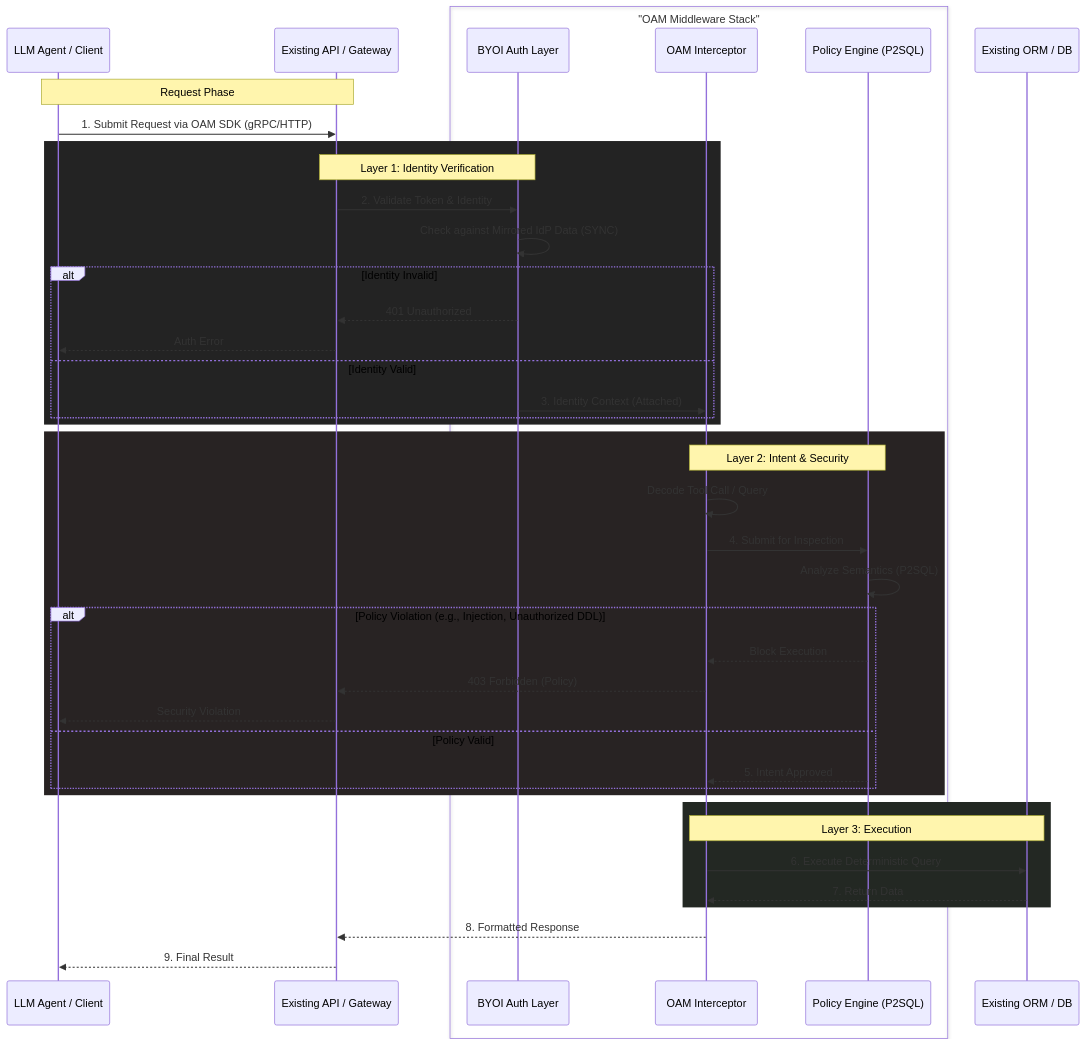
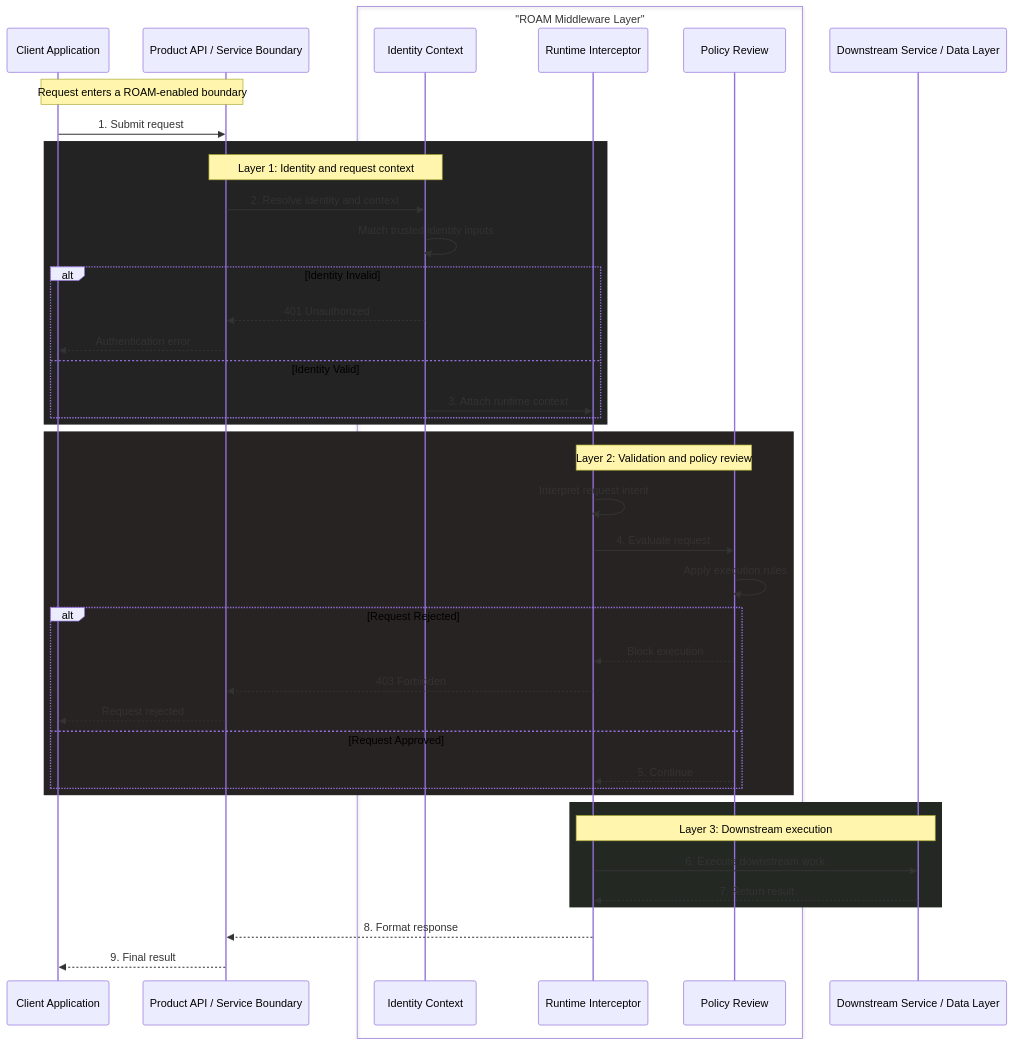
The first of 4 diagrams in src/architecture/middleware.md (oamrs/roam-docs), drawn with Mermaid before and after one commit. The commit also changed other lines of this file and 12 other files, not shown here.

Commit message:
Align runtime context surfaces and fix validation gates

````diff
--- a/src/architecture/middleware.md
+++ b/src/architecture/middleware.md
@@ -11,50 +19,50 @@
 ```mermaid
 sequenceDiagram
-    participant Agent as LLM Agent / Client
-    participant API as Existing API / Gateway
-    box "OAM Middleware Stack" #f9f9f9
-        participant BYOI as BYOI Auth Layer
-        participant Interceptor as OAM Interceptor
-        participant Policy as Policy Engine (P2SQL)
+    participant Client as Client Application
+    participant API as Product API / Service Boundary
+    box "ROAM Middleware Layer" #f9f9f9
+        participant Identity as Identity Context
+        participant Runtime as Runtime Interceptor
+        participant Policy as Policy Review
     end
-    participant ORM as Existing ORM / DB
+    participant Data as Downstream Service / Data Layer
 
-    Note over Agent, API: Request Phase
-    Agent->>API: 1. Submit Request via OAM SDK (gRPC/HTTP)
+    Note over Client, API: Request enters a ROAM-enabled boundary
+    Client->>API: 1. Submit request
     
     rect rgb(35, 35, 35)
-        Note over API, BYOI: Layer 1: Identity Verification
-        API->>BYOI: 2. Validate Token & Identity
-        BYOI->>BYOI: Check against Mirrored IdP Data (SYNC)
+        Note over API, Identity: Layer 1: Identity and request context
+        API->>Identity: 2. Resolve identity and context
+        Identity->>Identity: Match trusted identity inputs
         alt Identity Invalid
-            BYOI-->>API: 401 Unauthorized
-            API-->>Agent: Auth Error
+            Identity-->>API: 401 Unauthorized
+            API-->>Client: Authentication error
         else Identity Valid
-            BYOI->>Interceptor: 3. Identity Context (Attached)
+            Identity->>Runtime: 3. Attach runtime context
         end
     end
 
     rect rgb(40, 35, 35)
-        Note over Interceptor, Policy: Layer 2: Intent & Security
-        Interceptor->>Interceptor: Decode Tool Call / Query
-        Interceptor->>Policy: 4. Submit for Inspection
-        Policy->>Policy: Analyze Semantics (P2SQL)
+        Note over Runtime, Policy: Layer 2: Validation and policy review
+        Runtime->>Runtime: Interpret request intent
+        Runtime->>Policy: 4. Evaluate request
+        Policy->>Policy: Apply execution rules
         
-        alt Policy Violation (e.g., Injection, Unauthorized DDL)
-            Policy-->>Interceptor: Block Execution
-            Interceptor-->>API: 403 Forbidden (Policy)
-            API-->>Agent: Security Violation
-        else Policy Valid
-            Policy-->>Interceptor: 5. Intent Approved
+        alt Request Rejected
+            Policy-->>Runtime: Block execution
+            Runtime-->>API: 403 Forbidden
+            API-->>Client: Request rejected
+        else Request Approved
+            Policy-->>Runtime: 5. Continue
         end
     end
 
     rect rgb(35, 40, 35)
-        Note over Interceptor, ORM: Layer 3: Execution
-        Interceptor->>ORM: 6. Execute Deterministic Query
-        ORM-->>Interceptor: 7. Return Data
+        Note over Runtime, Data: Layer 3: Downstream execution
+        Runtime->>Data: 6. Execute downstream work
+        Data-->>Runtime: 7. Return result
     end
 
-    Interceptor-->>API: 8. Formatted Response
-    API-->>Agent: 9. Final Result
+    Runtime-->>API: 8. Format response
+    API-->>Client: 9. Final result
 ```
````
